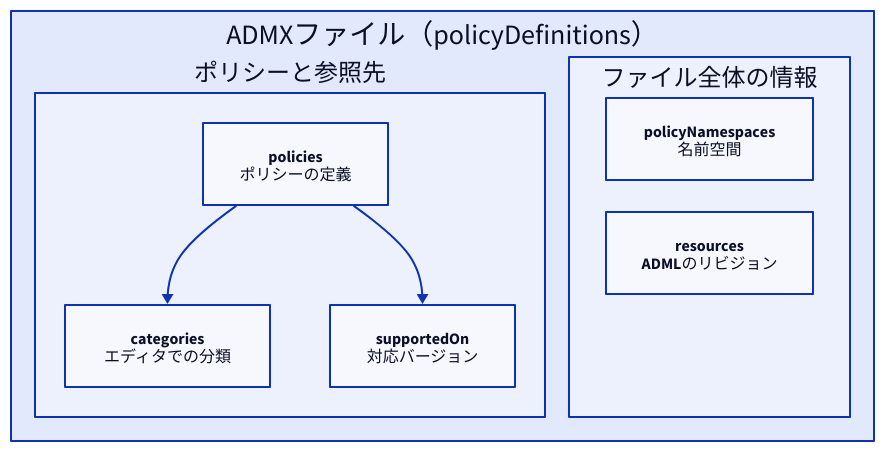
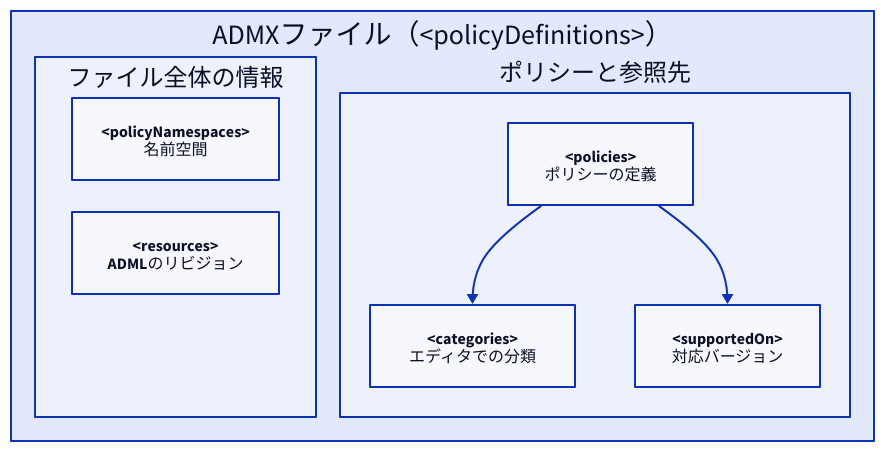
The fourth of 8 diagrams in src/content/posts/2026-10-05-1.mdx (kenchan0130/kenchan0130.github.io), drawn with D2 before and after one commit.

Commit message:
Show element names as tags and follow XML order in the policyDefinitions diagram
Claude-Session: https://claude.ai/code/session_011MyCzJXKh3h8cBMaWsMgbS

````diff
--- a/src/content/posts/2026-10-05-1.mdx
+++ b/src/content/posts/2026-10-05-1.mdx
@@ -182,20 +182,20 @@
 ```d2 title="policyDefinitionsの5つの子要素。policiesの各ポリシーがcategoriesの分類とsupportedOnの対応バージョンを参照し、policyNamespacesとresourcesはファイル全体の情報を持つ"
-admx: 'ADMXファイル（policyDefinitions）' {
+admx: 'ADMXファイル（<policyDefinitions>）' {
   grid-columns: 2
   grid-gap: 24
+  meta: ファイル全体の情報 {
+    grid-rows: 2
+    grid-gap: 32
+    ns: "<policyNamespaces>\n名前空間"
+    res: "<resources>\nADMLのリビジョン"
+  }
   defs: ポリシーと参照先 {
     direction: down
-    pol: "policies\nポリシーの定義"
-    cat: "categories\nエディタでの分類"
-    sup: "supportedOn\n対応バージョン"
+    pol: "<policies>\nポリシーの定義"
+    cat: "<categories>\nエディタでの分類"
+    sup: "<supportedOn>\n対応バージョン"
     pol -> cat
     pol -> sup
   }
-  meta: ファイル全体の情報 {
-    grid-rows: 2
-    grid-gap: 32
-    ns: "policyNamespaces\n名前空間"
-    res: "resources\nADMLのリビジョン"
-  }
 }
 ```
````
